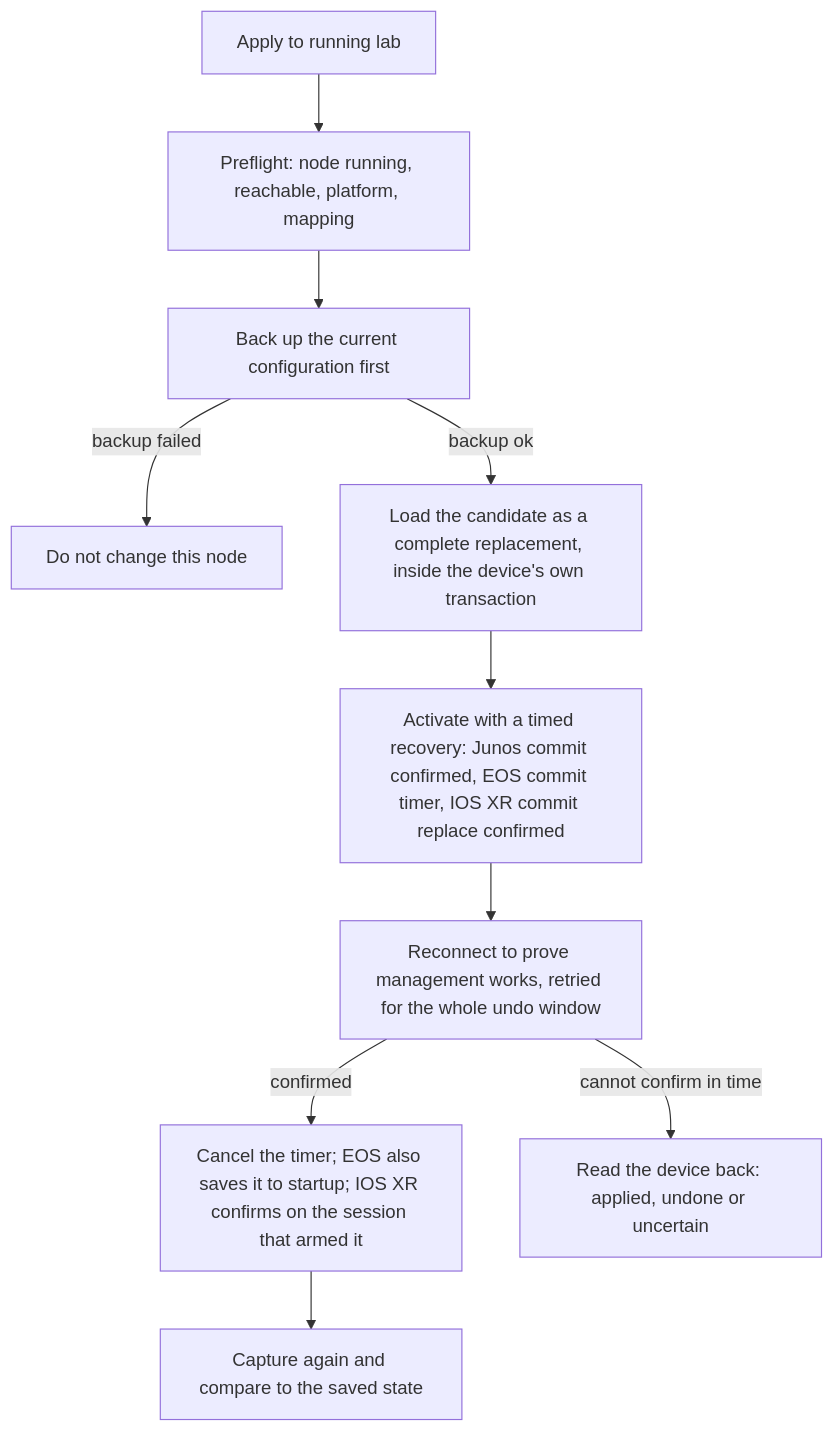
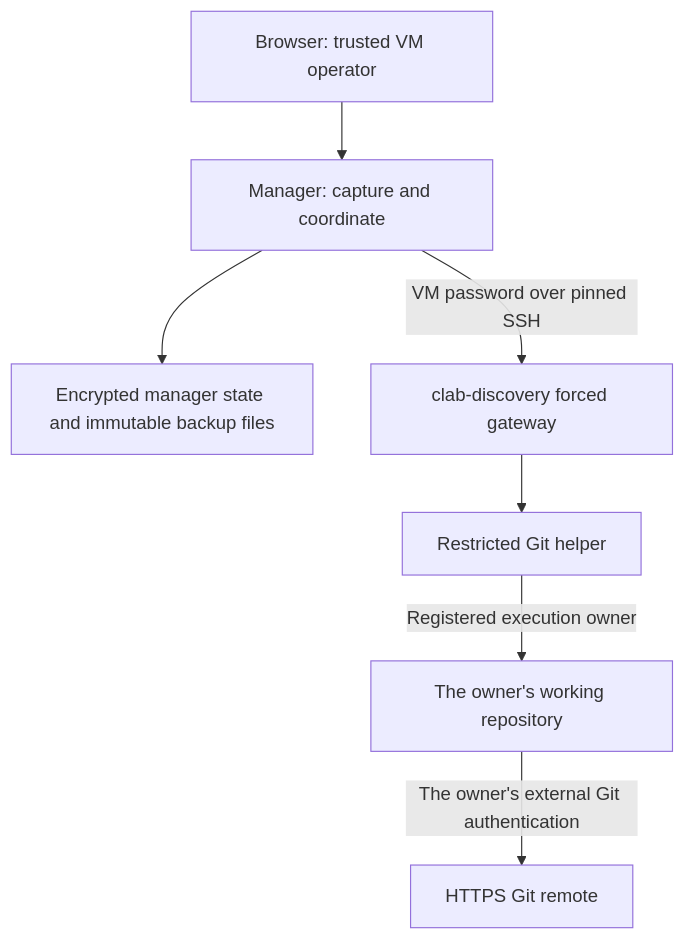
One commit to ArchRuger/CLAB-BACKUP-WORKER-v2 changed the third of 3 diagrams in docs/GIT-PROGRESS.md. Above: the diagram before and after it, drawn with Mermaid. The commit also changed other lines of this file, not shown here.

First line of the commit message:
D1: GIT-PROGRESS.md rewritten for the Save / Load / lab-state model

````diff
--- a/docs/GIT-PROGRESS.md
+++ b/docs/GIT-PROGRESS.md
@@ -519,12 +766,9 @@
 ```mermaid
 flowchart TD
-    A[Apply to running lab] --> B[Preflight: node running, reachable, platform, mapping]
-    B --> C[Back up the current configuration first]
-    C -->|backup failed| D[Do not change this node]
-    C -->|backup ok| E[Load the candidate as a complete replacement, inside the device's own transaction]
-    E --> F[Activate with a timed recovery: Junos commit confirmed, EOS commit timer, IOS XR commit replace confirmed]
-    F --> G[Reconnect to prove management works, retried for the whole undo window]
-    G -->|confirmed| H[Cancel the timer; EOS also saves it to startup; IOS XR confirms on the session that armed it]
-    G -->|cannot confirm in time| I[Read the device back: applied, undone or uncertain]
-    H --> J[Capture again and compare to the saved state]
+    A[Browser: trusted VM operator] --> B[Manager: capture and coordinate]
+    B --> C[Encrypted manager state and immutable backup files]
+    B -->|VM password over pinned SSH| D[clab-discovery forced gateway]
+    D --> E[Restricted Git helper]
+    E -->|Registered execution owner| F[The owner's working repository]
+    F -->|The owner's external Git authentication| G[HTTPS Git remote]
 ```
````
